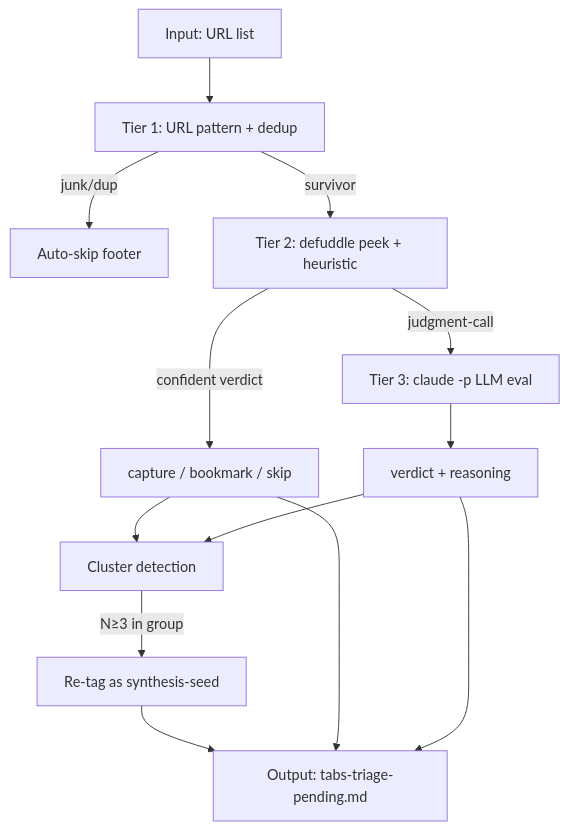
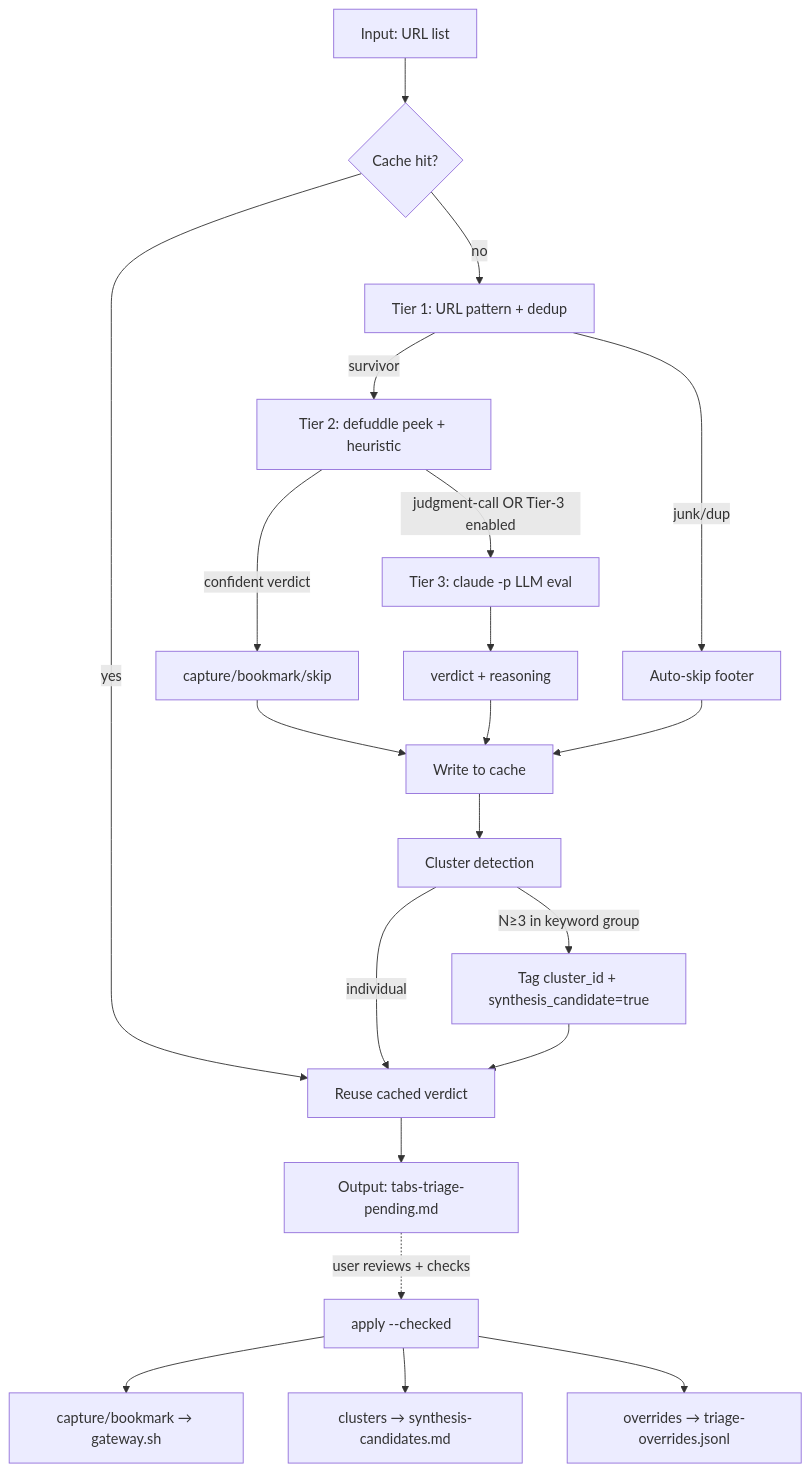
The diagram in docs/specs/2026-05-31-content-aware-url-triage.md (dkushnikov/mnemon), drawn with Mermaid before and after one commit. The commit also changed other lines of this file, not shown here.

````diff
--- a/docs/specs/2026-05-31-content-aware-url-triage.md
+++ b/docs/specs/2026-05-31-content-aware-url-triage.md
@@ -26,15 +34,23 @@
 ```mermaid
 flowchart TD
-    A[Input: URL list] --> T1[Tier 1: URL pattern + dedup]
+    A[Input: URL list] --> CACHE{Cache hit?}
+    CACHE -->|yes| OUT[Reuse cached verdict]
+    CACHE -->|no| T1[Tier 1: URL pattern + dedup]
     T1 -->|junk/dup| SKIP1[Auto-skip footer]
     T1 -->|survivor| T2[Tier 2: defuddle peek + heuristic]
-    T2 -->|confident verdict| V1[capture / bookmark / skip]
-    T2 -->|judgment-call| T3[Tier 3: claude -p LLM eval]
+    T2 -->|confident verdict| V1[capture/bookmark/skip]
+    T2 -->|judgment-call OR Tier-3 enabled| T3[Tier 3: claude -p LLM eval]
     T3 --> V2[verdict + reasoning]
-    V1 --> C[Cluster detection]
-    V2 --> C
-    C -->|N≥3 in group| SS[Re-tag as synthesis-seed]
-    SS --> OUT[Output: tabs-triage-pending.md]
-    V1 --> OUT
-    V2 --> OUT
+    V1 --> WRITE[Write to cache]
+    V2 --> WRITE
+    SKIP1 --> WRITE
+    WRITE --> C[Cluster detection]
+    C -->|N≥3 in keyword group| TAG[Tag cluster_id + synthesis_candidate=true]
+    C -->|individual| OUT
+    TAG --> OUT
+    OUT --> DOC[Output: tabs-triage-pending.md]
+    DOC -.user reviews + checks.-> APPLY[apply --checked]
+    APPLY --> GATEWAY[capture/bookmark → gateway.sh]
+    APPLY --> SREG[clusters → synthesis-candidates.md]
+    APPLY --> OVERLOG[overrides → triage-overrides.jsonl]
 ```
````
